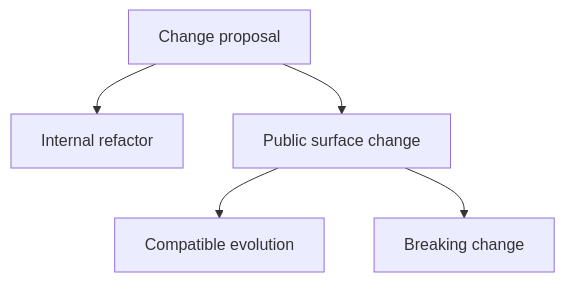
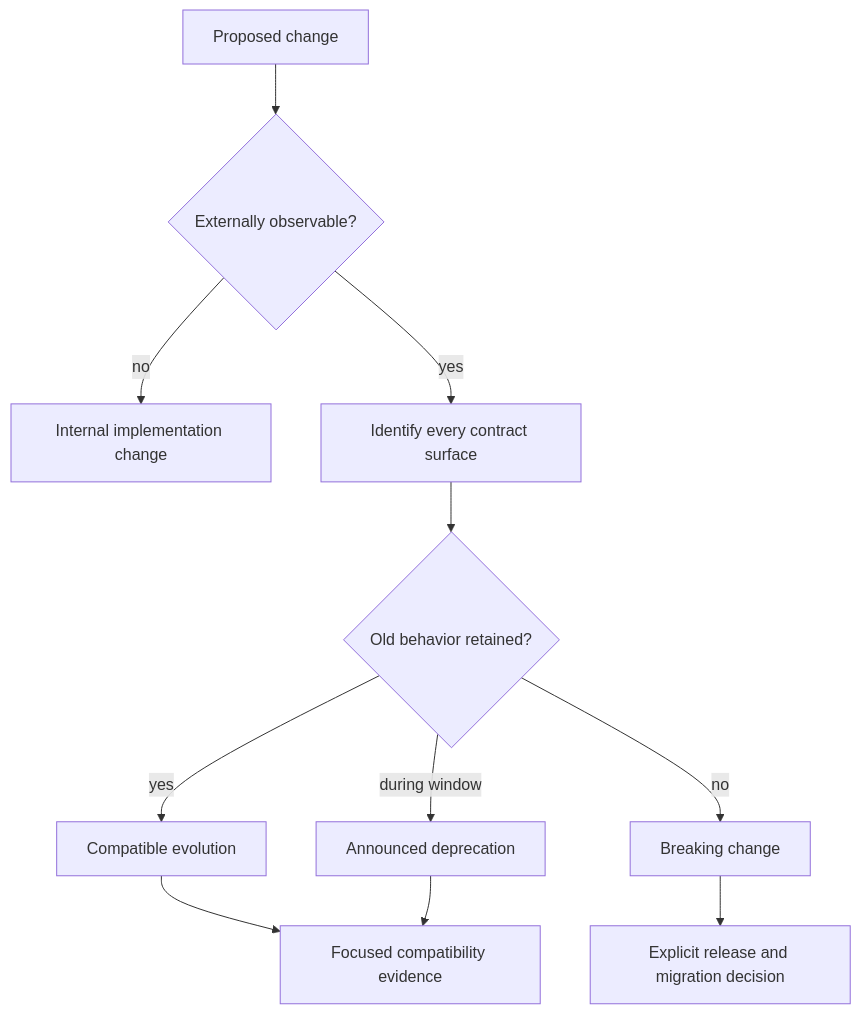
One commit to bijux/bijux-atlas changed the diagram in docs/bijux-atlas-dev/governance/change-and-compatibility.md. Above: the diagram before and after it, drawn with Mermaid. The commit also changed other lines of this file and 2 other files, not shown here.

Commit message:
docs(governance): define publication and compatibility boundaries

````diff
--- a/docs/bijux-atlas-dev/governance/change-and-compatibility.md
+++ b/docs/bijux-atlas-dev/governance/change-and-compatibility.md
@@ -16,7 +16,13 @@
 ```mermaid
 flowchart TD
-    Change[Change proposal] --> Internal[Internal refactor]
-    Change --> Surface[Public surface change]
-    Surface --> Compatible[Compatible evolution]
-    Surface --> Breaking[Breaking change]
+    Change[Proposed change] --> Observe{Externally observable?}
+    Observe -->|no| Internal[Internal implementation change]
+    Observe -->|yes| Surface[Identify every contract surface]
+    Surface --> Preserve{Old behavior retained?}
+    Preserve -->|yes| Compatible[Compatible evolution]
+    Preserve -->|during window| Deprecated[Announced deprecation]
+    Preserve -->|no| Breaking[Breaking change]
+    Compatible --> Evidence[Focused compatibility evidence]
+    Deprecated --> Evidence
+    Breaking --> Release[Explicit release and migration decision]
 ```
````
